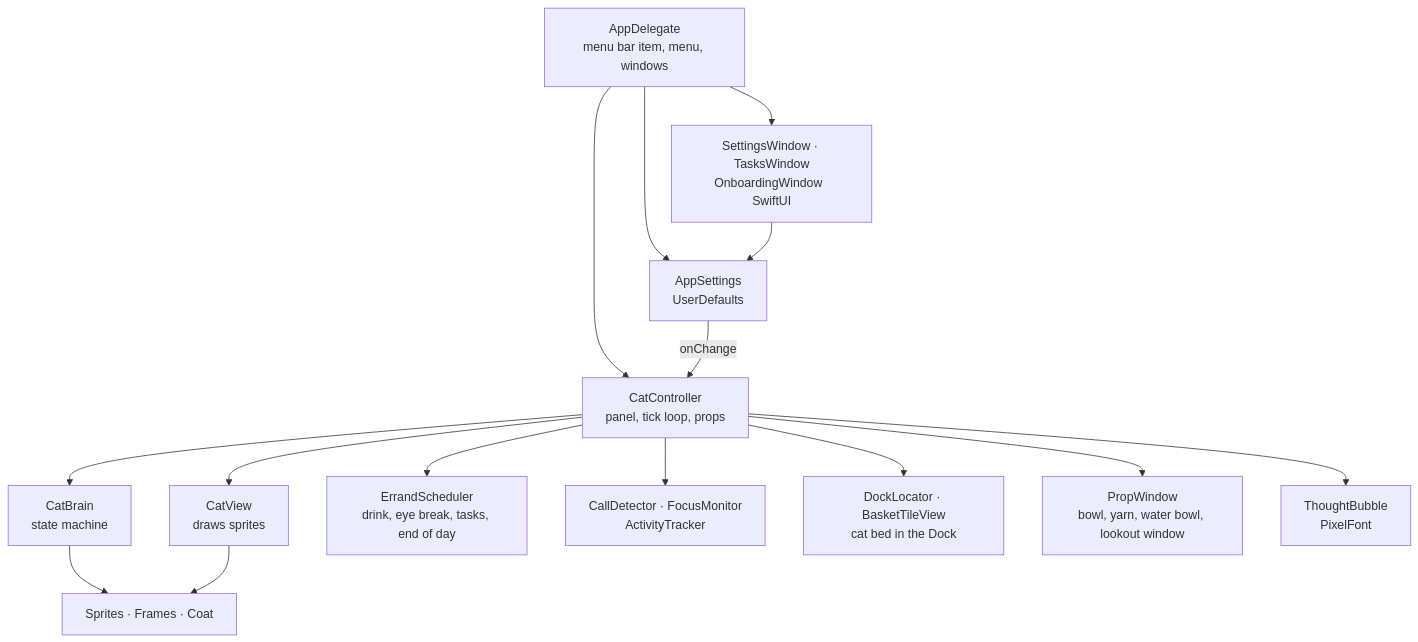
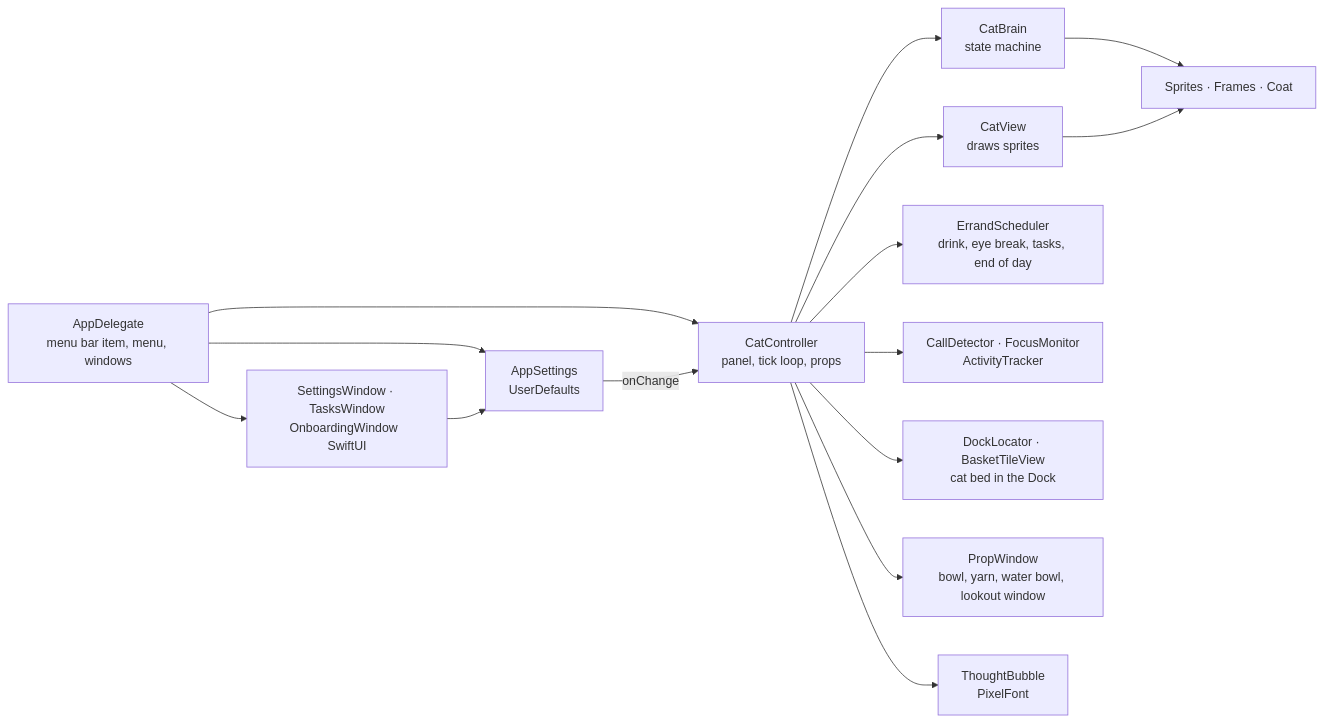
The first of 3 diagrams in docs/ARCHITECTURE.md (TheesBudde/pixelcat), drawn with Mermaid before and after one commit. The commit also changed other lines of this file, not shown here.

````diff
--- a/docs/ARCHITECTURE.md
+++ b/docs/ARCHITECTURE.md
@@ -21,17 +21,17 @@
 ```mermaid
-flowchart TD
+flowchart LR
     App[AppDelegate<br/>menu bar item, menu, windows] --> Settings[AppSettings<br/>UserDefaults]
     App --> Controller[CatController<br/>panel, tick loop, props]
     Settings -- onChange --> Controller
     Controller --> Brain[CatBrain<br/>state machine]
     Controller --> View[CatView<br/>draws sprites]
     Controller --> Errands[ErrandScheduler<br/>drink, eye break, tasks, end of day]
     Controller --> Sensors[CallDetector · FocusMonitor<br/>ActivityTracker]
     Controller --> Dock[DockLocator · BasketTileView<br/>cat bed in the Dock]
     Controller --> Props[PropWindow<br/>bowl, yarn, water bowl, lookout window]
     Controller --> Bubble[ThoughtBubble<br/>PixelFont]
     Brain --> Sprites[Sprites · Frames · Coat]
     View --> Sprites
     App --> Windows[SettingsWindow · TasksWindow<br/>OnboardingWindow  SwiftUI]
     Windows --> Settings
 ```
````
